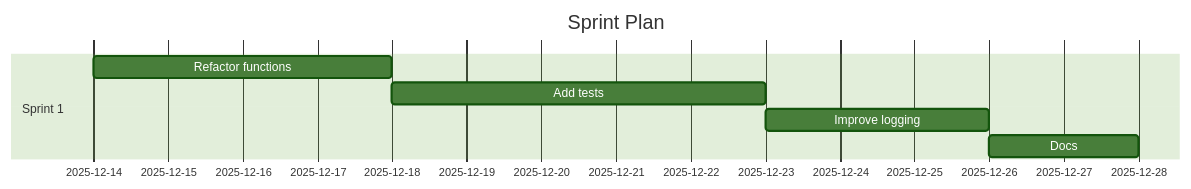
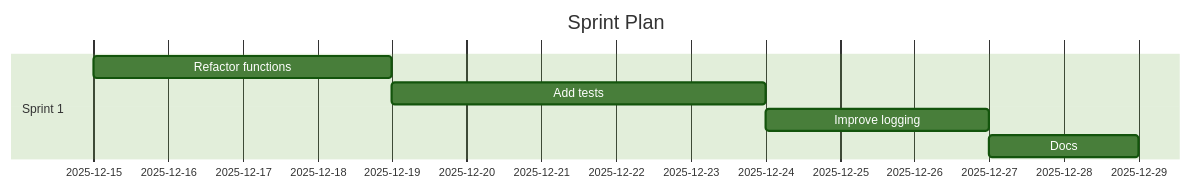
One commit to Anselmoo/mcp-ai-agent-guidelines changed the diagram in demos/demo-code-analysis.sprint.md. Above: the diagram before and after it, drawn with Mermaid (forest theme). The commit also changed other lines of this file and 46 other files, not shown here.

````diff
--- a/demos/demo-code-analysis.sprint.md
+++ b/demos/demo-code-analysis.sprint.md
@@ -59,11 +59,11 @@
 ```mermaid
 gantt
 	dateFormat  YYYY-MM-DD
 	title Sprint Plan
 %% Accessibility: Title=Project Sprint Plan; Description=Gantt chart of sprints and tasks over time. %%
   section Sprint 1
-  Refactor functions :s1t0, 2025-12-14, 4d
-  Add tests :s1t1, 2025-12-18, 5d
-  Improve logging :s1t2, 2025-12-23, 3d
-  Docs :s1t3, 2025-12-26, 2d
+  Refactor functions :s1t0, 2025-12-15, 4d
+  Add tests :s1t1, 2025-12-19, 5d
+  Improve logging :s1t2, 2025-12-24, 3d
+  Docs :s1t3, 2025-12-27, 2d
 ```
````
